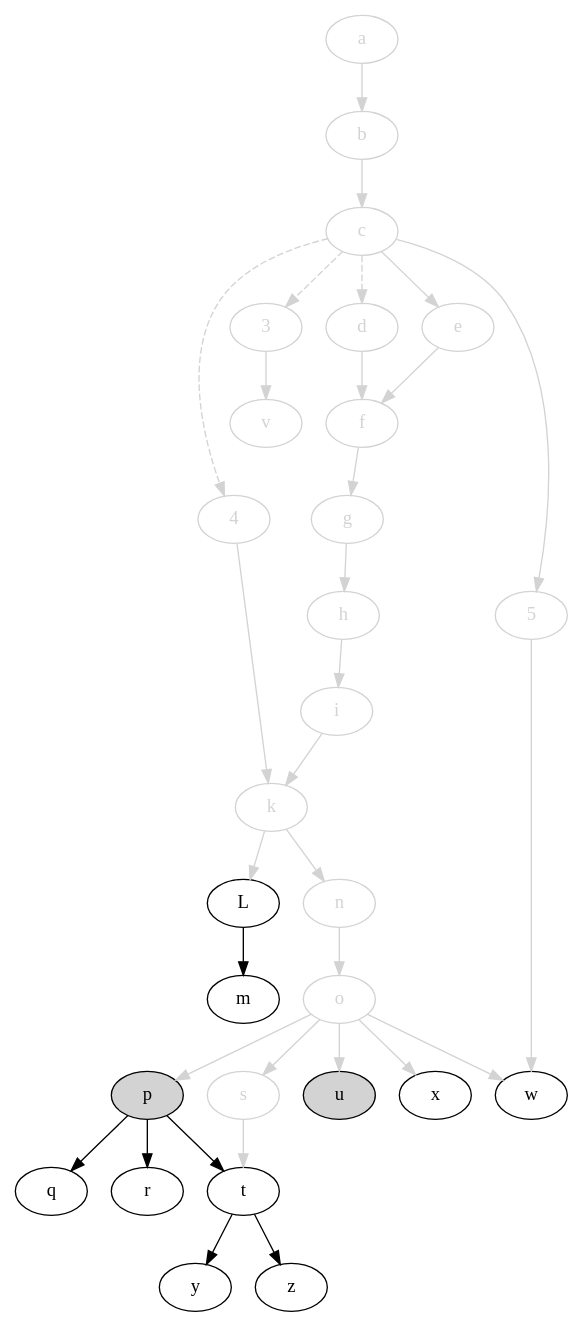
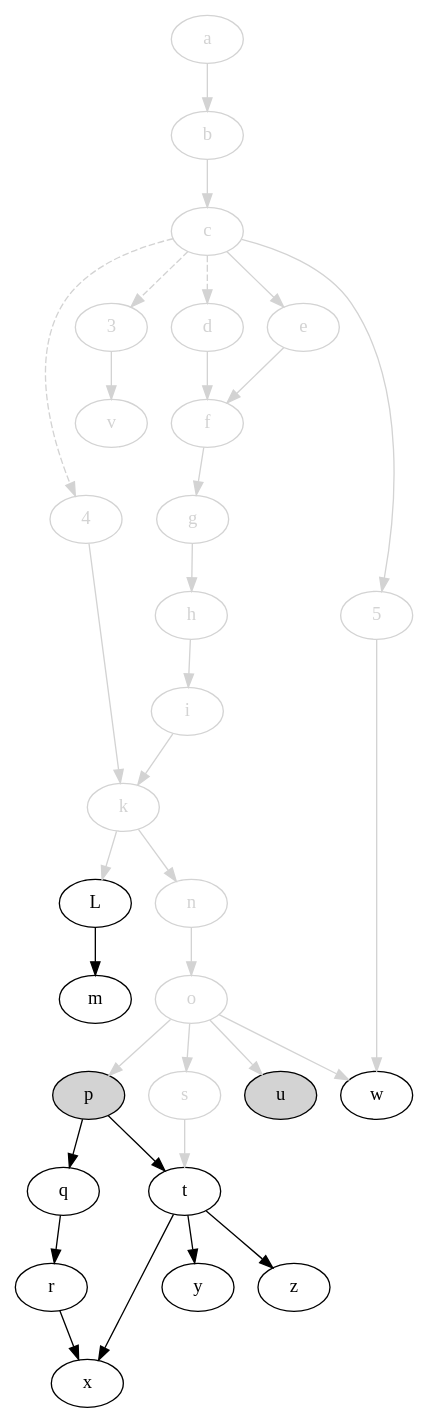
One commit to jdmpapin/svm-startup-deps changed the diagram in svm-startup-deps.dot. Above: the diagram before and after it, drawn with Graphviz. The commit also changed 1 other file, not shown here.

```diff
--- a/svm-startup-deps.dot
+++ b/svm-startup-deps.dot
@@ -1,65 +1,66 @@
 digraph {
     // open: [style=filled,fillcolor=lightgrey]
     // closed: [color=lightgrey,fontcolor=lightgrey]
 
     4 [color=lightgrey,fontcolor=lightgrey];
     3 [color=lightgrey,fontcolor=lightgrey];
     a [color=lightgrey,fontcolor=lightgrey];
     b [color=lightgrey,fontcolor=lightgrey];
     c [color=lightgrey,fontcolor=lightgrey];
     d [color=lightgrey,fontcolor=lightgrey];
     e [color=lightgrey,fontcolor=lightgrey];
     f [color=lightgrey,fontcolor=lightgrey];
     g [color=lightgrey,fontcolor=lightgrey];
     h [color=lightgrey,fontcolor=lightgrey];
     i [color=lightgrey,fontcolor=lightgrey];
     k [color=lightgrey,fontcolor=lightgrey];
     L;
     m;
     5 [color=lightgrey,fontcolor=lightgrey];
     n [color=lightgrey,fontcolor=lightgrey];
     o [color=lightgrey,fontcolor=lightgrey];
     p [style=filled,fillcolor=lightgrey];
     q;
     r;
     s [color=lightgrey,fontcolor=lightgrey];
     t;
     u [style=filled,fillcolor=lightgrey];
     v [color=lightgrey,fontcolor=lightgrey];
     w;
     x;
     y;
     z;
 
     4 -> k [color=lightgrey];
     c -> 4 [style=dashed,color=lightgrey];
     c -> 3 [style=dashed,color=lightgrey];
     c -> d [style=dashed,color=lightgrey];
     3 -> v [color=lightgrey];
     a -> b [color=lightgrey];
     b -> c [color=lightgrey];
     c -> e [color=lightgrey];
     c -> 5 [color=lightgrey];
     d -> f [color=lightgrey];
     e -> f [color=lightgrey];
     f -> g [color=lightgrey];
     g -> h [color=lightgrey];
     h -> i [color=lightgrey];
     i -> k [color=lightgrey];
     k -> L [color=lightgrey];
     L -> m;
     k -> n [color=lightgrey];
     n -> o [color=lightgrey];
     o -> p [color=lightgrey];
     p -> q;
-    p -> r;
+    q -> r;
     o -> s [color=lightgrey];
     s -> t [color=lightgrey];
     p -> t;
     o -> u [color=lightgrey];
     5 -> w [color=lightgrey];
     o -> w [color=lightgrey];
-    o -> x [color=lightgrey];
+    t -> x;
+    r -> x;
     t -> y;
     t -> z;
 }
```
